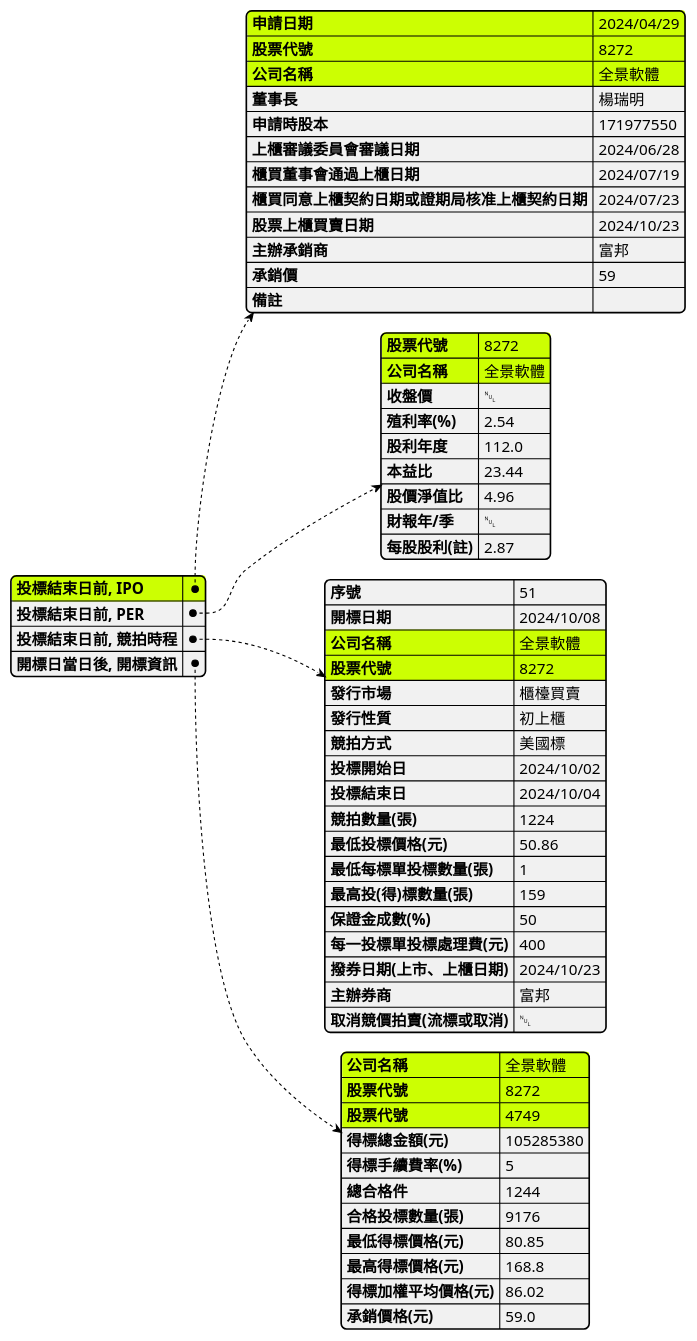
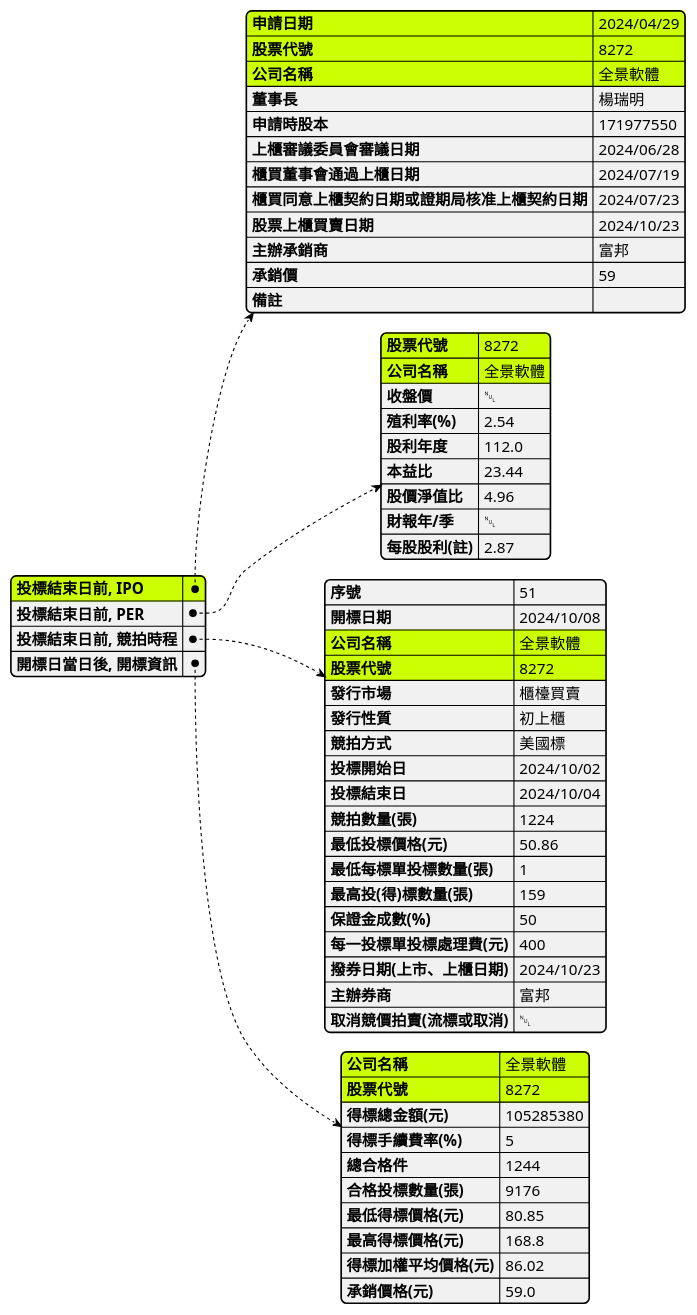
One commit to wenchiehlee/Selenium-Actions.Auction changed the diagram in IPO.plantuml. Above: the diagram before and after it, drawn with PlantUML.

Commit message:
remove one line..

```diff
--- a/IPO.plantuml
+++ b/IPO.plantuml
@@ -1,84 +1,83 @@
 @startjson
 
 skinparam BoxPadding 10
 skinparam actorStyle awesome
 skinparam LegendBorderThickness 1
 skinparam backgroundColor transparent
 
 #highlight  "投標結束日前, IPO"
 #highlight  "投標結束日前, IPO" / "申請日期"
 #highlight  "投標結束日前, IPO" / "股票代號"
 #highlight  "投標結束日前, IPO" / "公司名稱"
 
 #highlight  "投標結束日前, PER" / "股票代號"
 #highlight  "投標結束日前, PER" / "公司名稱"
 
 #highlight  "投標結束日前, 競拍時程" / "股票代號"
 #highlight  "投標結束日前, 競拍時程" / "公司名稱"
 
 #highlight  "開標日當日後, 開標資訊" / "股票代號"
 #highlight  "開標日當日後, 開標資訊" / "公司名稱"
 
 
 {
   "投標結束日前, IPO":     {
   "申請日期": "2024/04/29",
   "股票代號": "8272",
   "公司名稱": "全景軟體",
   "董事長": "楊瑞明",
   "申請時股本": 171977550,
   "上櫃審議委員會審議日期": "2024/06/28",
   "櫃買董事會通過上櫃日期": "2024/07/19",
   "櫃買同意上櫃契約日期或證期局核准上櫃契約日期": "2024/07/23",
   "股票上櫃買賣日期": "2024/10/23",
   "主辦承銷商": "富邦",
   "承銷價": 59,
   "備註": ""
     },
 
   "投標結束日前, PER":     {
         "股票代號": "8272",
         "公司名稱": "全景軟體",
         "收盤價": null,
         "殖利率(%)": 2.54,
         "股利年度": 112.0,
         "本益比": 23.44,
         "股價淨值比": 4.96,
         "財報年/季": null,
         "每股股利(註)": 2.87
     },
   "投標結束日前, 競拍時程":     {
         "序號": 51,
         "開標日期": "2024/10/08",
         "公司名稱": "全景軟體",
         "股票代號": "8272",
         "發行市場": "櫃檯買賣",
         "發行性質": "初上櫃",
         "競拍方式": "美國標",
         "投標開始日": "2024/10/02",
         "投標結束日": "2024/10/04",
         "競拍數量(張)": 1224,
         "最低投標價格(元)": 50.86,
         "最低每標單投標數量(張)": 1,
         "最高投(得)標數量(張)": 159,
         "保證金成數(%)": 50,
         "每一投標單投標處理費(元)": 400,
         "撥券日期(上市、上櫃日期)": "2024/10/23",
         "主辦券商": "富邦",
         "取消競價拍賣(流標或取消)": null
     },
   "開標日當日後, 開標資訊": {
     "公司名稱": "全景軟體",
     "股票代號": "8272",
-    "股票代號": "4749",
     "得標總金額(元)": 105285380,
     "得標手續費率(%)": 5,
     "總合格件": 1244,
     "合格投標數量(張)": 9176,
     "最低得標價格(元)": 80.85,
     "最高得標價格(元)": 168.8,
     "得標加權平均價格(元)": 86.02,
     "承銷價格(元)": 59.0
   }
 }
 @endjson
```
